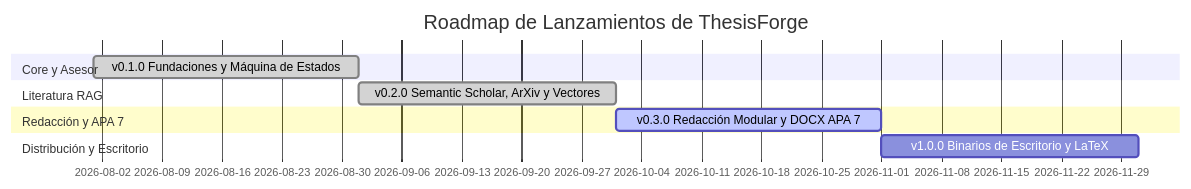
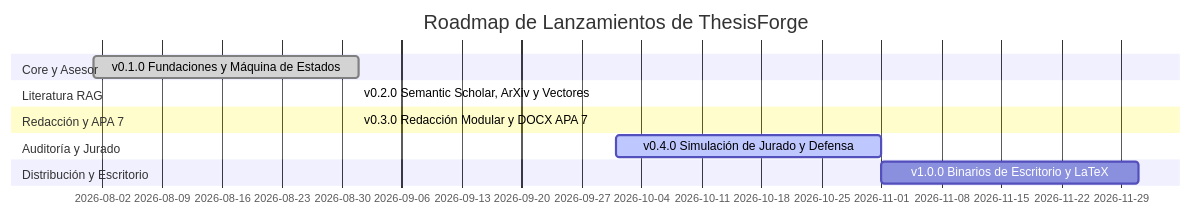
The diagram in ROADMAP.md (oscarbol09/thesisforge), drawn with Mermaid before and after one commit. The commit also changed other lines of this file and 7 other files, not shown here.

First line of the commit message:
docs(guide): add official user manual and synchronize architecture roadmap

````diff
--- a/ROADMAP.md
+++ b/ROADMAP.md
@@ -15,13 +15,15 @@
 ```mermaid
 gantt
     title Roadmap de Lanzamientos de ThesisForge
     dateFormat  YYYY-MM
     section Core y Asesor
     v0.1.0 Fundaciones y Máquina de Estados       :done,    des1, 2026-08, 2026-09
     section Literatura RAG
-    v0.2.0 Semantic Scholar, ArXiv y Vectores    :done,    des2, 2026-09, 2026-10
+    v0.2.0 Semantic Scholar, ArXiv y Vectores    :done,    des2, 2026-09, 2026-09
     section Redacción y APA 7
-    v0.3.0 Redacción Modular y DOCX APA 7        :active,  des3, 2026-10, 2026-11
+    v0.3.0 Redacción Modular y DOCX APA 7        :done,    des3, 2026-09, 2026-09
+    section Auditoría y Jurado
+    v0.4.0 Simulación de Jurado y Defensa        :active,  des4, 2026-10, 2026-11
     section Distribución y Escritorio
-    v1.0.0 Binarios de Escritorio y LaTeX        :         des4, 2026-11, 2026-12
+    v1.0.0 Binarios de Escritorio y LaTeX        :         des5, 2026-11, 2026-12
 ```
````
